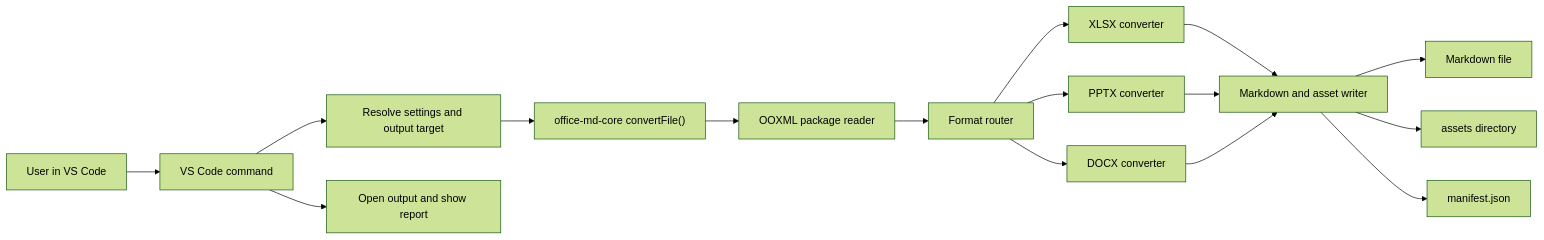
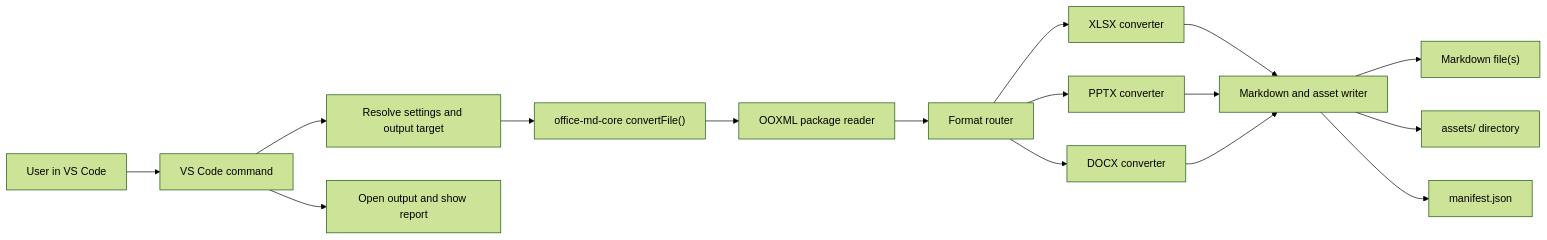
One commit to k-iizuka000/copilot-sample changed the diagram in office-markdown-vscode-extension/specs/design.md. Above: the diagram before and after it, drawn with Mermaid (forest theme). The commit also changed other lines of this file and 21 other files, not shown here.

````diff
--- a/office-markdown-vscode-extension/specs/design.md
+++ b/office-markdown-vscode-extension/specs/design.md
@@ -20,18 +22,18 @@
 ```mermaid
 flowchart LR
   User["User in VS Code"] --> Command["VS Code command"]
   Command --> Options["Resolve settings and output target"]
   Options --> Core["office-md-core convertFile()"]
   Core --> Package["OOXML package reader"]
   Package --> Router["Format router"]
   Router --> Xlsx["XLSX converter"]
   Router --> Pptx["PPTX converter"]
   Router --> Docx["DOCX converter"]
   Xlsx --> Writer["Markdown and asset writer"]
   Pptx --> Writer
   Docx --> Writer
-  Writer --> Md["Markdown file"]
-  Writer --> Assets["assets directory"]
+  Writer --> Md["Markdown file(s)"]
+  Writer --> Assets["assets/ directory"]
   Writer --> Manifest["manifest.json"]
   Command --> Result["Open output and show report"]
 ```
````
